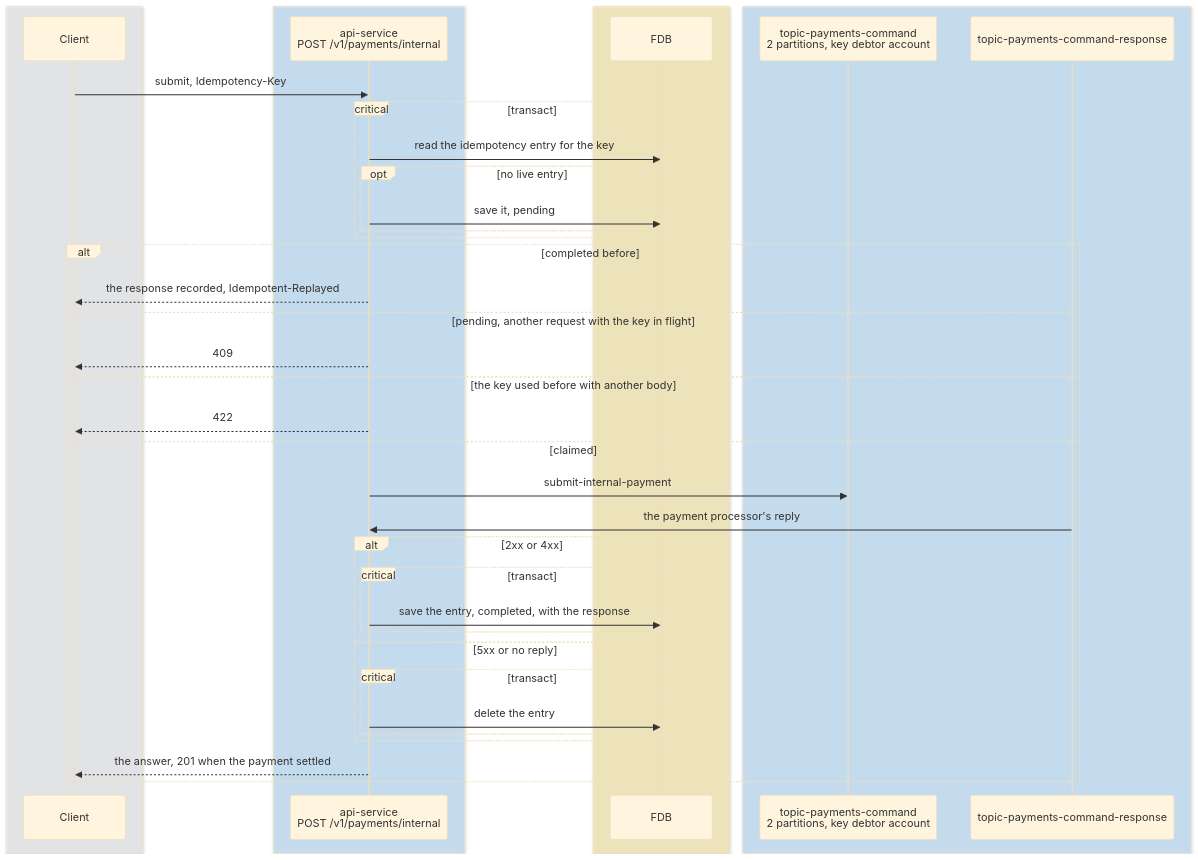
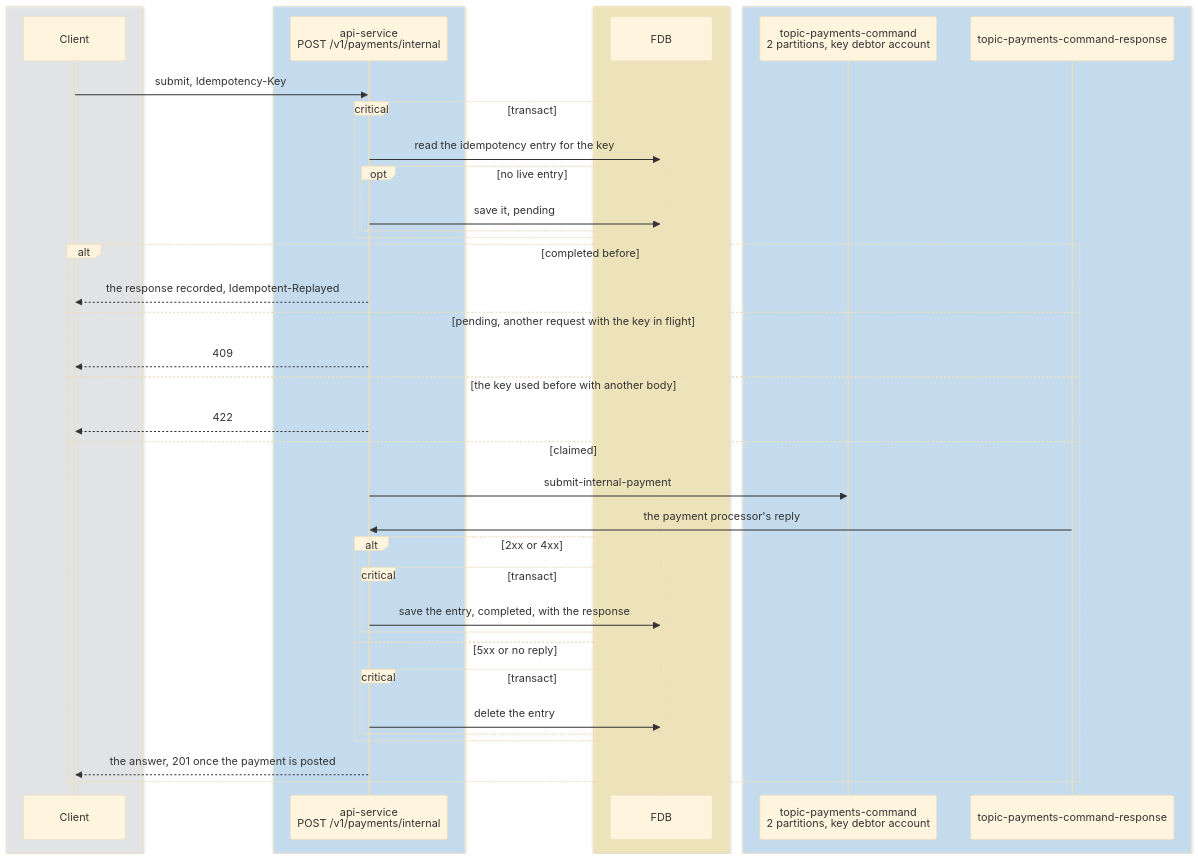
One commit to repldriven/queenswood changed the first of 7 diagrams in docs/tdd/payments-internal.md. Above: the diagram before and after it, drawn with Mermaid (base theme).

Commit message:
Draw each FDB transaction as a commit to it, and name every participant as it is in the code
payments-internal.md: the API's 201 reads 'posted', what is true when it answers, since a per-account provider's mirror follows. The API's own status name is left for later.

````diff
--- a/docs/tdd/payments-internal.md
+++ b/docs/tdd/payments-internal.md
@@ -78,43 +78,43 @@
 ```mermaid
 sequenceDiagram
     box rgba(233, 236, 239, 0.5)
     participant C as Client
     end
     box rgba(165, 216, 255, 0.45)
     participant API as api-service<br/>POST /v1/payments/internal
     end
     box rgba(255, 236, 153, 0.5)
     participant DB as FDB
     end
     box rgba(165, 216, 255, 0.45)
     participant PC as topic-payments-command<br/>2 partitions, key debtor account
     participant PR as topic-payments-command-response
     end
     C->>API: submit, Idempotency-Key
     critical transact
     API->>DB: read the idempotency entry for the key
     opt no live entry
     API->>DB: save it, pending
     end
     end
     alt completed before
     API-->>C: the response recorded, Idempotent-Replayed
     else pending, another request with the key in flight
     API-->>C: 409
     else the key used before with another body
     API-->>C: 422
     else claimed
     API->>PC: submit-internal-payment
     PR->>API: the payment processor's reply
     alt 2xx or 4xx
     critical transact
     API->>DB: save the entry, completed, with the response
     end
     else 5xx or no reply
     critical transact
     API->>DB: delete the entry
     end
     end
-    API-->>C: the answer, 201 when the payment settled
+    API-->>C: the answer, 201 once the payment is posted
     end
 ```
````
